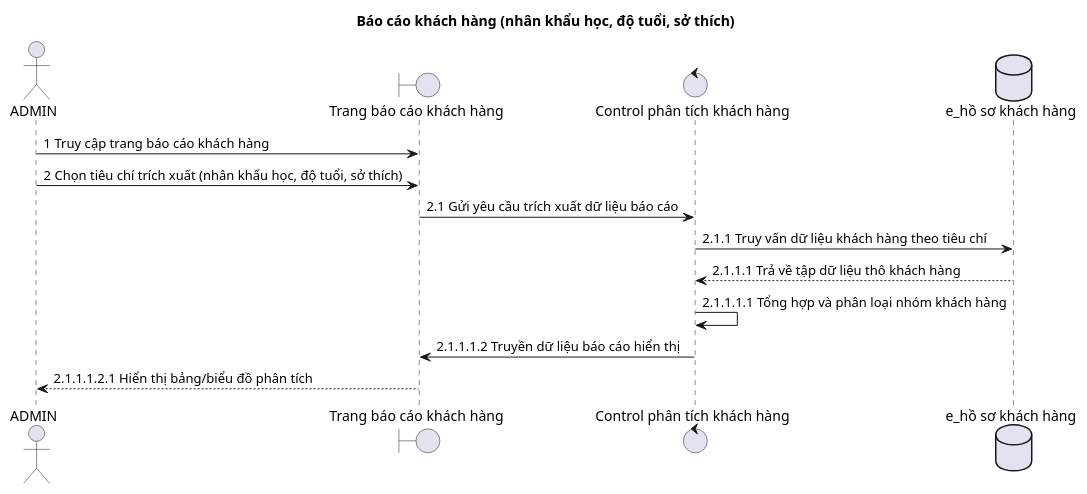
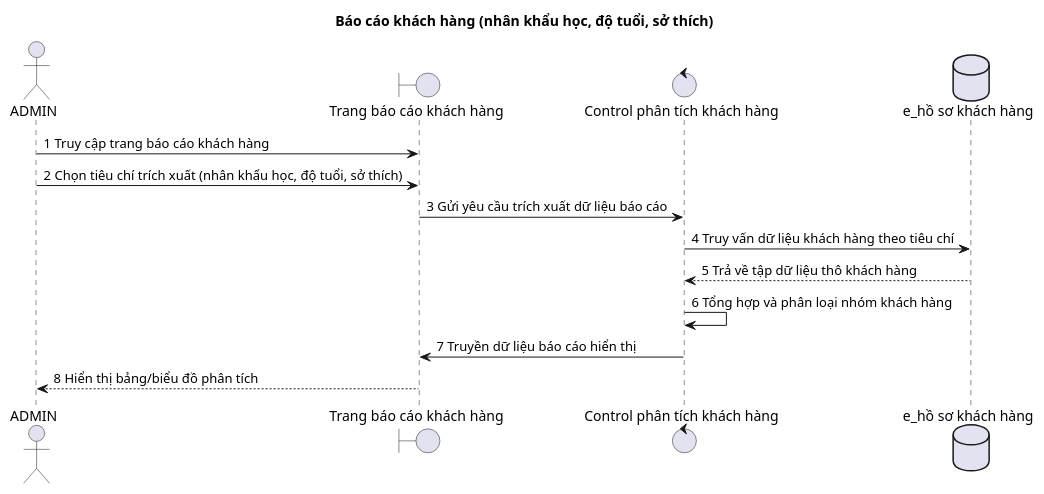
One commit to duygri/do-an-htttdn-crm changed the diagram in docs/diagrams/sequence/preview/05-customer-report.puml. Above: the diagram before and after it, drawn with PlantUML.

Commit message:
Refactor sequence diagram for customer report extraction

```diff
--- a/docs/diagrams/sequence/preview/05-customer-report.puml
+++ b/docs/diagrams/sequence/preview/05-customer-report.puml
@@ -1,17 +1,17 @@
 @startuml
 title Báo cáo khách hàng (nhân khẩu học, độ tuổi, sở thích)
 
 actor ADMIN as Admin
 boundary "Trang báo cáo khách hàng" as Boundary
 control "Control phân tích khách hàng" as Control
 database "e_hồ sơ khách hàng" as Entity
 
 Admin -> Boundary: 1 Truy cập trang báo cáo khách hàng
 Admin -> Boundary: 2 Chọn tiêu chí trích xuất (nhân khẩu học, độ tuổi, sở thích)
-Boundary -> Control: 2.1 Gửi yêu cầu trích xuất dữ liệu báo cáo
-Control -> Entity: 2.1.1 Truy vấn dữ liệu khách hàng theo tiêu chí
-Entity --> Control: 2.1.1.1 Trả về tập dữ liệu thô khách hàng
-Control -> Control: 2.1.1.1.1 Tổng hợp và phân loại nhóm khách hàng
-Control -> Boundary: 2.1.1.1.2 Truyền dữ liệu báo cáo hiển thị
-Boundary --> Admin: 2.1.1.1.2.1 Hiển thị bảng/biểu đồ phân tích
+Boundary -> Control: 3 Gửi yêu cầu trích xuất dữ liệu báo cáo
+Control -> Entity: 4 Truy vấn dữ liệu khách hàng theo tiêu chí
+Entity --> Control: 5 Trả về tập dữ liệu thô khách hàng
+Control -> Control: 6 Tổng hợp và phân loại nhóm khách hàng
+Control -> Boundary: 7 Truyền dữ liệu báo cáo hiển thị
+Boundary --> Admin: 8 Hiển thị bảng/biểu đồ phân tích
 @enduml
```
